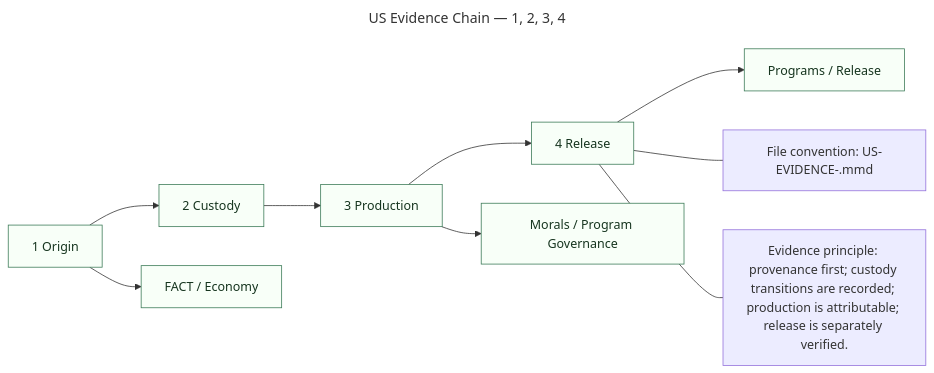
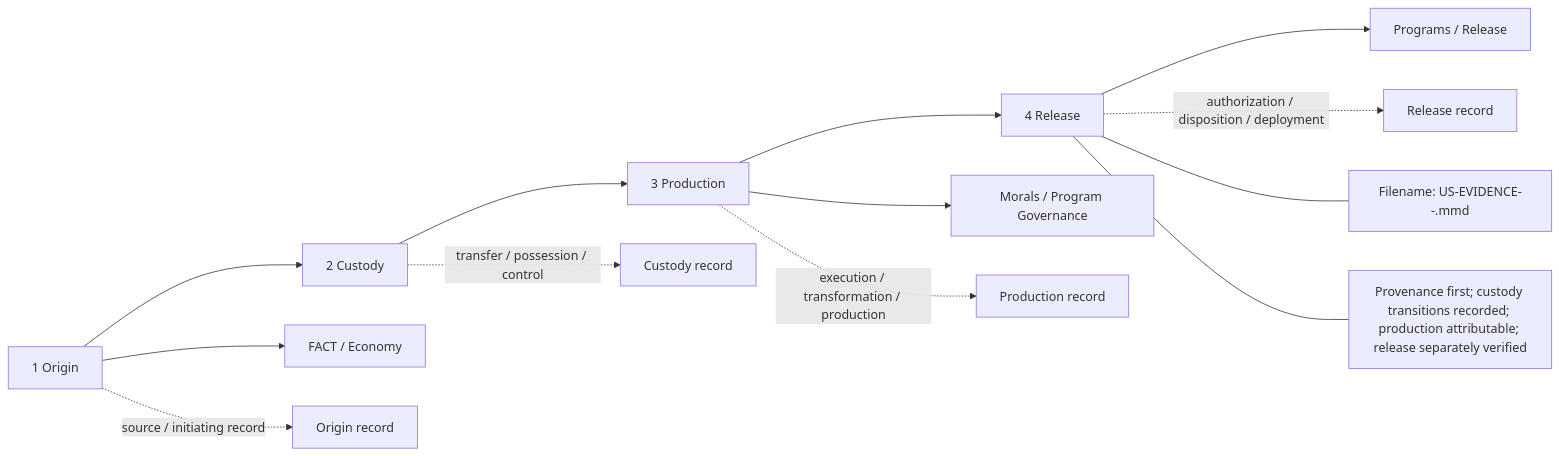
The diagram in evidence/US-EVIDENCE-README.mmd (mearvk/Java.Web.Server.Telnet.Front.Java.21), drawn with Mermaid before and after one commit. The commit also changed other lines of this file, not shown here.

Commit message:
Expand 1-2-3-4 evidence document with .mmd descriptor and chain rules

````diff
--- a/evidence/US-EVIDENCE-README.mmd
+++ b/evidence/US-EVIDENCE-README.mmd
@@ -1,20 +34,15 @@
----
-title: "US Evidence Chain — 1, 2, 3, 4"
-format: mermaid
-prefix: US-EVIDENCE-
-suffix: .mmd
----
+```mermaid
 flowchart LR
     E1["1 Origin"] --> E2["2 Custody"] --> E3["3 Production"] --> E4["4 Release"]
     E1 --> F["FACT / Economy"]
     E3 --> M["Morals / Program Governance"]
     E4 --> P["Programs / Release"]
 
-    classDef stage fill:#f8fff8,stroke:#3b7a57,color:#16351f;
-    class E1,E2,E3,E4,F,M,P stage;
+    E1 -. "source / initiating record" .-> O["Origin record"]
+    E2 -. "transfer / possession / control" .-> C["Custody record"]
+    E3 -. "execution / transformation / production" .-> PR["Production record"]
+    E4 -. "authorization / disposition / deployment" .-> RL["Release record"]
 
-    S["File convention: US-EVIDENCE-<stage>.mmd"]
-    E4 --- S
-
-    R["Evidence principle: provenance first; custody transitions are recorded; production is attributable; release is separately verified."]
-    E4 --- R
+    E4 --- S["Filename: US-EVIDENCE-<stage>-<identifier>.mmd"]
+    E4 --- R["Provenance first; custody transitions recorded; production attributable; release separately verified"]
+```
````
